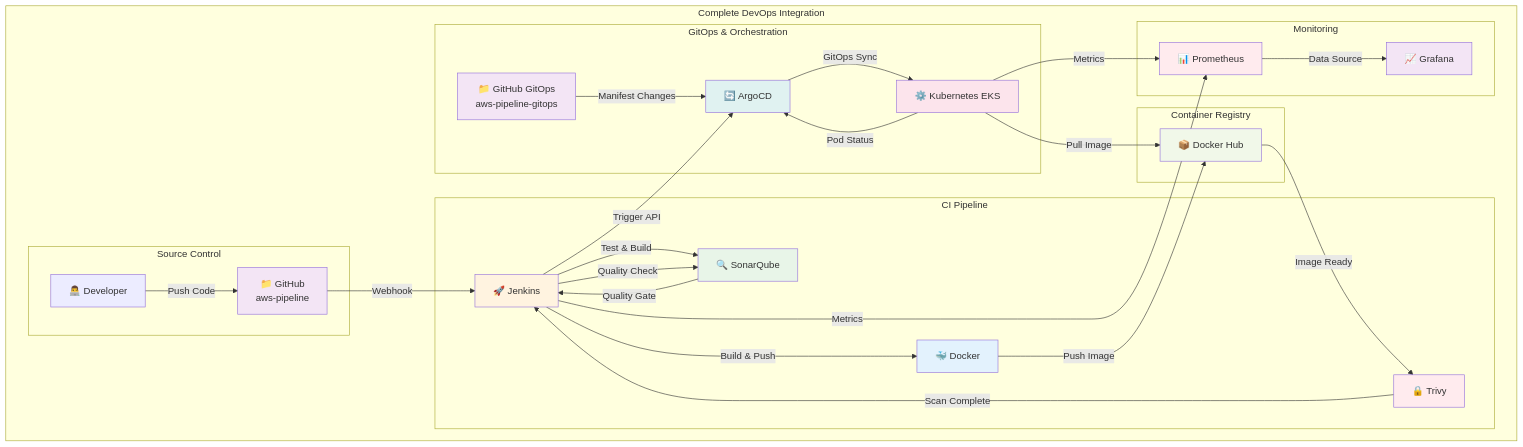
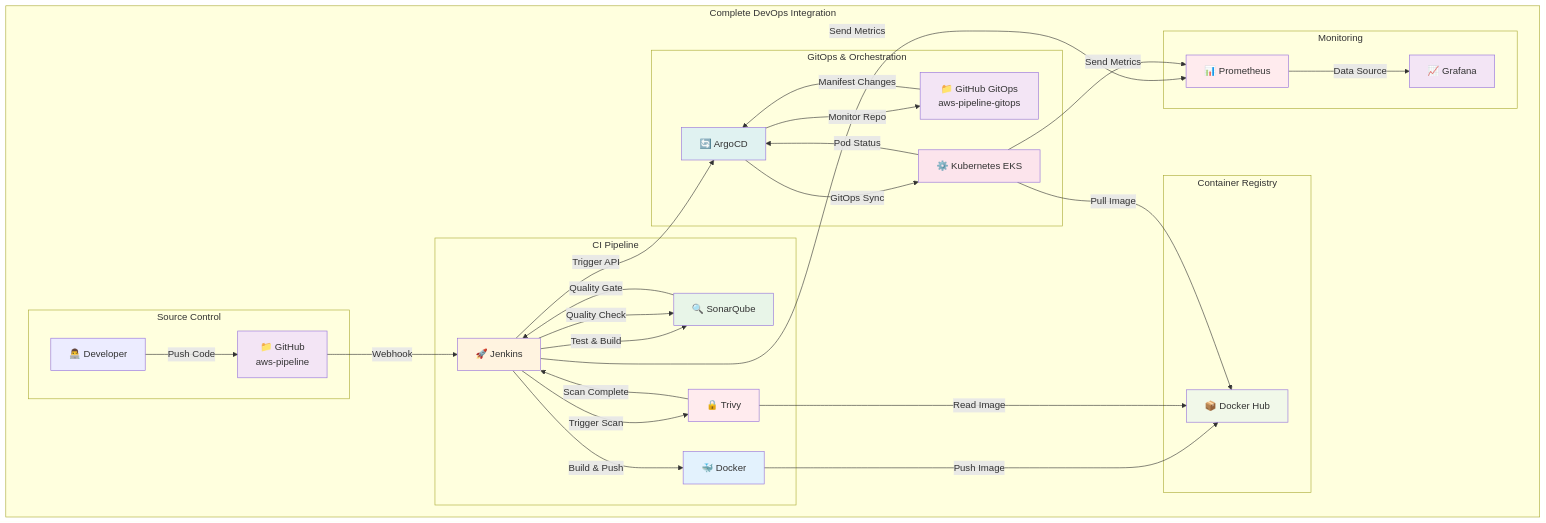
The eighth of 9 diagrams in detailed-devops-diagrams.md (onurglr/aws-pipeline), drawn with Mermaid before and after one commit. The commit also changed other lines of this file, not shown here.

````diff
--- a/detailed-devops-diagrams.md
+++ b/detailed-devops-diagrams.md
@@ -305,61 +305,63 @@
 ```mermaid
 graph TB
     subgraph "Complete DevOps Integration"
         subgraph "Source Control"
             GH[📁 GitHub<br/>aws-pipeline]
             DEV[👨‍💻 Developer]
         end
         
         subgraph "CI Pipeline"
             J[🚀 Jenkins]
             SQ[🔍 SonarQube]
             D[🐳 Docker]
             T[🔒 Trivy]
         end
         
         subgraph "Container Registry"
             DH[📦 Docker Hub]
         end
         
         subgraph "GitOps & Orchestration"
             GH_GITOPS[📁 GitHub GitOps<br/>aws-pipeline-gitops]
             A[🔄 ArgoCD]
             K[⚙️ Kubernetes EKS]
         end
         
         subgraph "Monitoring"
             P[📊 Prometheus]
             G[📈 Grafana]
         end
     end
     
     DEV -->|Push Code| GH
     GH -->|Webhook| J
     J -->|Test & Build| SQ
     J -->|Quality Check| SQ
     SQ -->|Quality Gate| J
     J -->|Build & Push| D
     D -->|Push Image| DH
-    DH -->|Image Ready| T
+    J -->|Trigger Scan| T
+    T -->|Read Image| DH
     T -->|Scan Complete| J
     J -->|Trigger API| A
+    A -->|Monitor Repo| GH_GITOPS
     GH_GITOPS -->|Manifest Changes| A
     A -->|GitOps Sync| K
     K -->|Pull Image| DH
     K -->|Pod Status| A
-    J -->|Metrics| P
-    K -->|Metrics| P
+    J -->|Send Metrics| P
+    K -->|Send Metrics| P
     P -->|Data Source| G
     
     style GH fill:#f3e5f5
     style J fill:#fff3e0
     style SQ fill:#e8f5e8
     style T fill:#ffebee
     style D fill:#e3f2fd
     style DH fill:#f1f8e9
     style K fill:#fce4ec
     style A fill:#e0f2f1
     style P fill:#ffebee
     style G fill:#f3e5f5
     style GH_GITOPS fill:#f3e5f5
 ```
````
